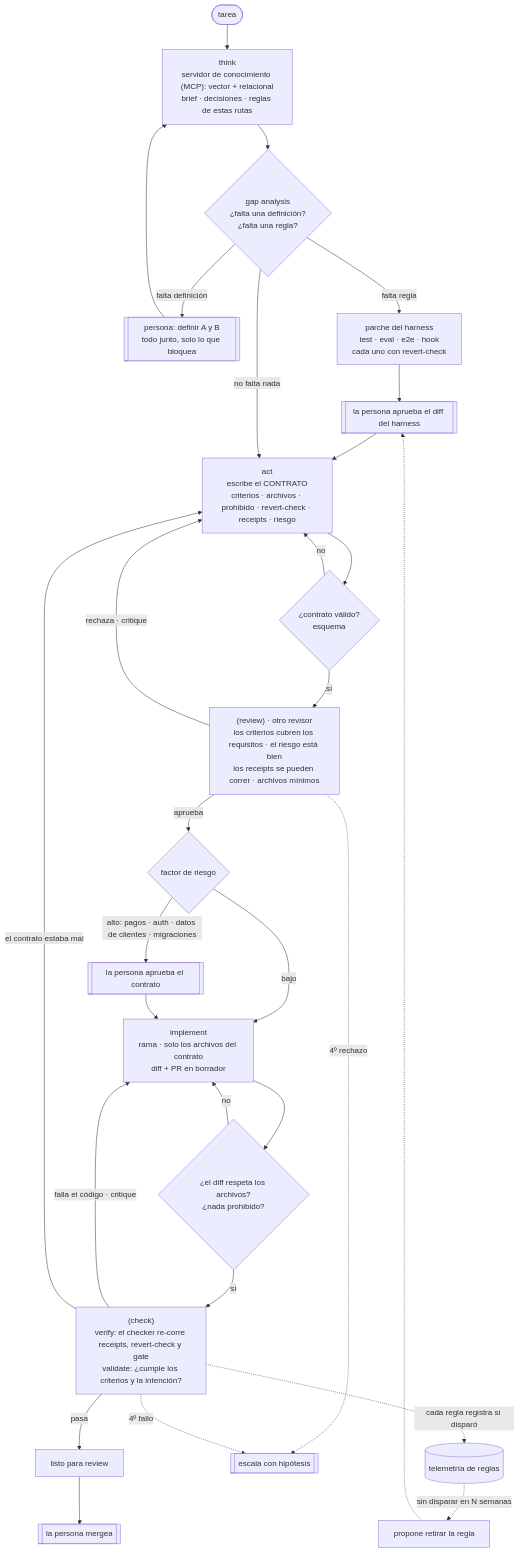
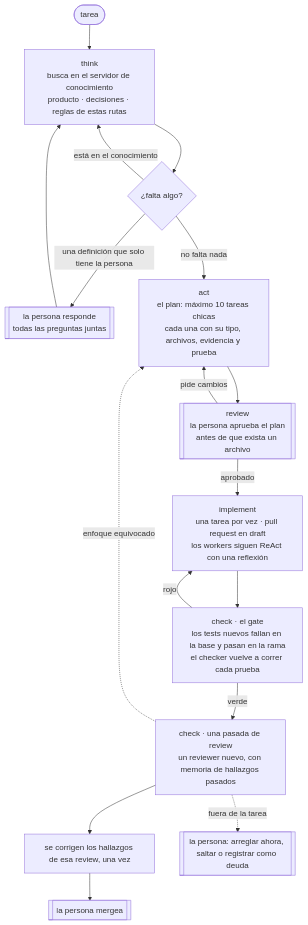
Before and after one commit to jacm80/typedspec: the second of 2 diagrams in README.es.md, drawn with Mermaid. The commit also changed other lines of this file and 6 other files, not shown here.

First line of the commit message:
docs: the graph as practised, the invariants, and the practices it stands on

````diff
--- a/README.es.md
+++ b/README.es.md
@@ -95,32 +107,19 @@
 ```mermaid
 flowchart TD
-  REQ([tarea]) --> T["think<br/>servidor de conocimiento (MCP): vector + relacional<br/>brief · decisiones · reglas de estas rutas"]
-  T --> GAP{"gap analysis<br/>¿falta una definición?<br/>¿falta una regla?"}
-  GAP -->|falta definición| GUIDE[["persona: definir A y B<br/>todo junto, solo lo que bloquea"]]
-  GUIDE --> T
-  GAP -->|falta regla| H["parche del harness<br/>test · eval · e2e · hook<br/>cada uno con revert-check"]
-  H --> OWN0[["la persona aprueba el diff del harness"]]
-  OWN0 --> A
-  GAP -->|no falta nada| A
-  A["act<br/>escribe el CONTRATO<br/>criterios · archivos · prohibido · revert-check · receipts · riesgo"]
-  A --> G1{"¿contrato válido?<br/>esquema"}
-  G1 -->|no| A
-  G1 -->|sí| R["(review) · otro revisor<br/>los criterios cubren los requisitos · el riesgo está bien<br/>los receipts se pueden correr · archivos mínimos"]
-  R -->|rechaza · critique| A
-  R -->|aprueba| RISK{"factor de riesgo"}
-  RISK -->|alto: pagos · auth · datos de clientes · migraciones| OWN1[["la persona aprueba el contrato"]]
-  RISK -->|bajo| I
-  OWN1 --> I["implement<br/>rama · solo los archivos del contrato<br/>diff + PR en borrador"]
-  I --> G2{"¿el diff respeta los archivos?<br/>¿nada prohibido?"}
-  G2 -->|no| I
-  G2 -->|sí| C["(check)<br/>verify: el checker re-corre receipts, revert-check y gate<br/>validate: ¿cumple los criterios y la intención?"]
-  C -->|falla el código · critique| I
-  C -->|el contrato estaba mal| A
-  C -->|pasa| READY["listo para review"]
-  READY --> OWN2[["la persona mergea"]]
-  R -. 4º rechazo .-> ESC[["escala con hipótesis"]]
-  C -. 4º fallo .-> ESC
-  C -. cada regla registra si disparó .-> TEL[("telemetría de reglas")]
-  TEL -. sin disparar en N semanas .-> RET["propone retirar la regla"]
-  RET -.-> OWN0
+  REQ([tarea]) --> T["think<br/>busca en el servidor de conocimiento<br/>producto · decisiones · reglas de estas rutas"]
+  T --> GAP{"¿falta algo?"}
+  GAP -->|está en el conocimiento| T
+  GAP -->|una definición que solo tiene la persona| ASK[["la persona responde<br/>todas las preguntas juntas"]]
+  ASK --> T
+  GAP -->|no falta nada| A["act<br/>el plan: máximo 10 tareas chicas<br/>cada una con su tipo, archivos, evidencia y prueba"]
+  A --> R[["review<br/>la persona aprueba el plan<br/>antes de que exista un archivo"]]
+  R -->|pide cambios| A
+  R -->|aprobado| I["implement<br/>una tarea por vez · pull request en draft<br/>los workers siguen ReAct con una reflexión"]
+  I --> C["check · el gate<br/>los tests nuevos fallan en la base y pasan en la rama<br/>el checker vuelve a correr cada prueba"]
+  C -->|rojo| I
+  C -->|verde| RV["check · una pasada de review<br/>un reviewer nuevo, con memoria de hallazgos pasados"]
+  RV --> F["se corrigen los hallazgos de esa review, una vez"]
+  F --> M[["la persona mergea"]]
+  RV -. enfoque equivocado .-> A
+  RV -. fuera de la tarea .-> D[["la persona: arreglar ahora, saltar o registrar como deuda"]]
 ```
````
